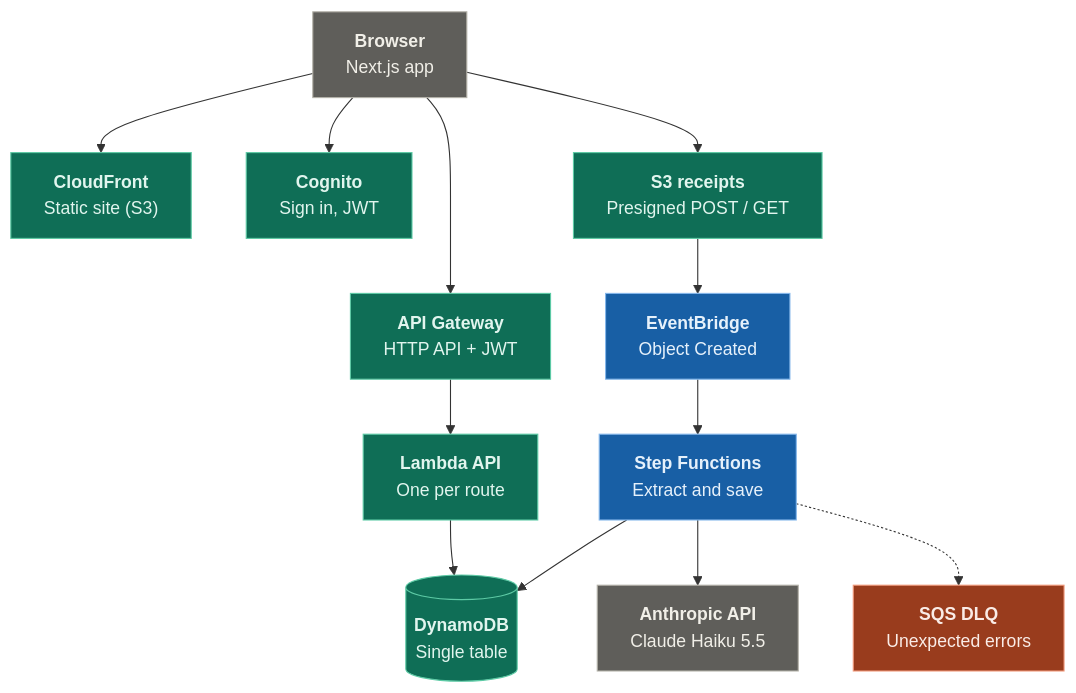
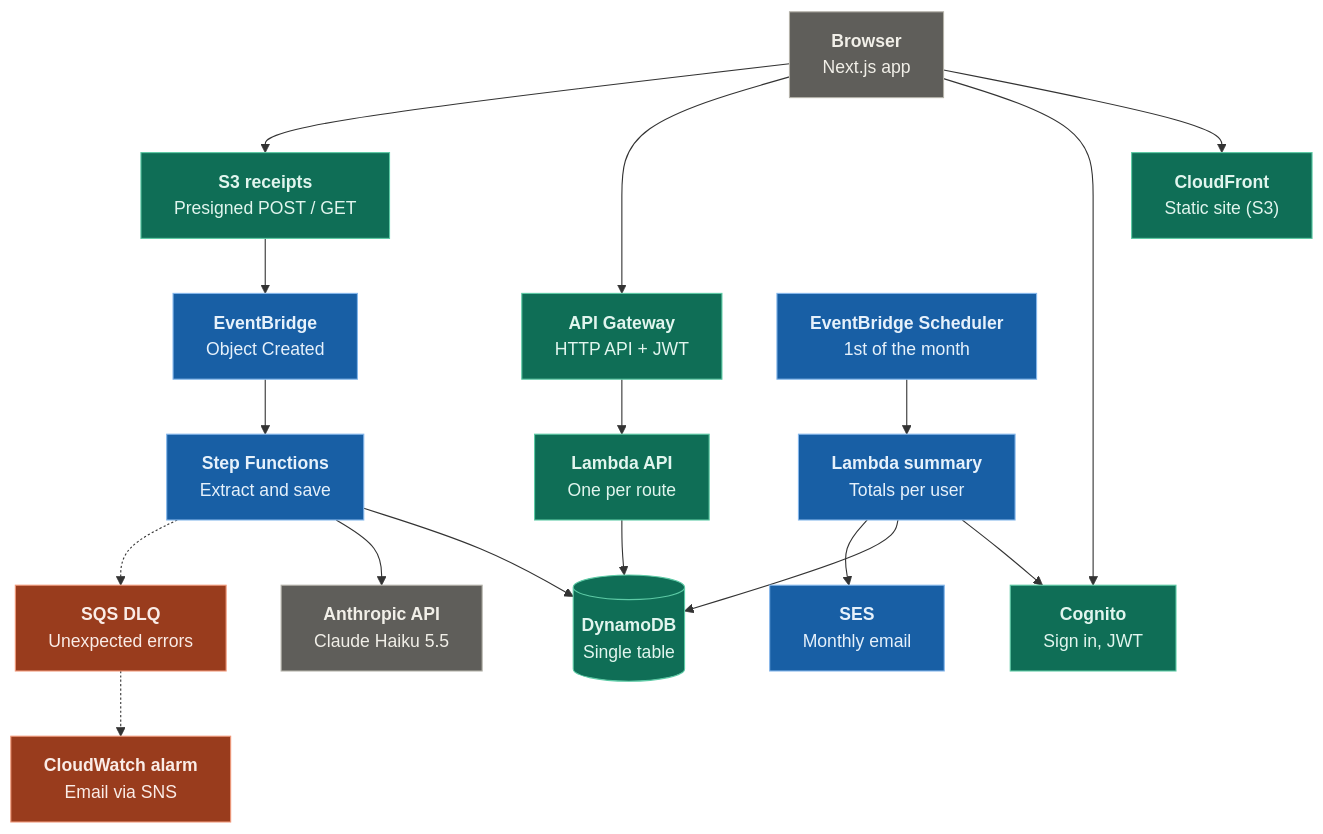
Before and after one commit to faber1999/receipts-app-aws: the first of 2 diagrams in README.md, drawn with Mermaid. The commit also changed other lines of this file and 3 other files, not shown here.

````diff
--- a/README.md
+++ b/README.md
@@ -25,30 +25,38 @@
 ```mermaid
 flowchart TB
   browser["<b>Browser</b><br/>Next.js app"]
   cf["<b>CloudFront</b><br/>Static site (S3)"]
   cognito["<b>Cognito</b><br/>Sign in, JWT"]
   apigw["<b>API Gateway</b><br/>HTTP API + JWT"]
   receipts["<b>S3 receipts</b><br/>Presigned POST / GET"]
   api["<b>Lambda API</b><br/>One per route"]
   ddb[("<b>DynamoDB</b><br/>Single table")]
   eb["<b>EventBridge</b><br/>Object Created"]
   sfn["<b>Step Functions</b><br/>Extract and save"]
   ai["<b>Anthropic API</b><br/>Claude Haiku 5.5"]
   dlq["<b>SQS DLQ</b><br/>Unexpected errors"]
+  alarm["<b>CloudWatch alarm</b><br/>Email via SNS"]
+  scheduler["<b>EventBridge Scheduler</b><br/>1st of the month"]
+  summary["<b>Lambda summary</b><br/>Totals per user"]
+  ses["<b>SES</b><br/>Monthly email"]
 
   browser --> cf & cognito & apigw & receipts
   apigw --> api --> ddb
   receipts --> eb --> sfn
   sfn --> ddb
   sfn --> ai
-  sfn -.-> dlq
+  sfn -.-> dlq -.-> alarm
+  scheduler --> summary
+  summary --> cognito
+  summary --> ddb
+  summary --> ses
 
   classDef request fill:#0f6e56,stroke:#5dcaa5,color:#e1f5ee
   classDef async fill:#185fa5,stroke:#85b7eb,color:#e6f1fb
   classDef outside fill:#5f5e5a,stroke:#b4b2a9,color:#f1efe8
   classDef attention fill:#993c1d,stroke:#f0997b,color:#faece7
   class cf,cognito,apigw,receipts,api,ddb request
-  class eb,sfn async
+  class eb,sfn,scheduler,summary,ses async
   class browser,ai outside
-  class dlq attention
+  class dlq,alarm attention
 ```
````
